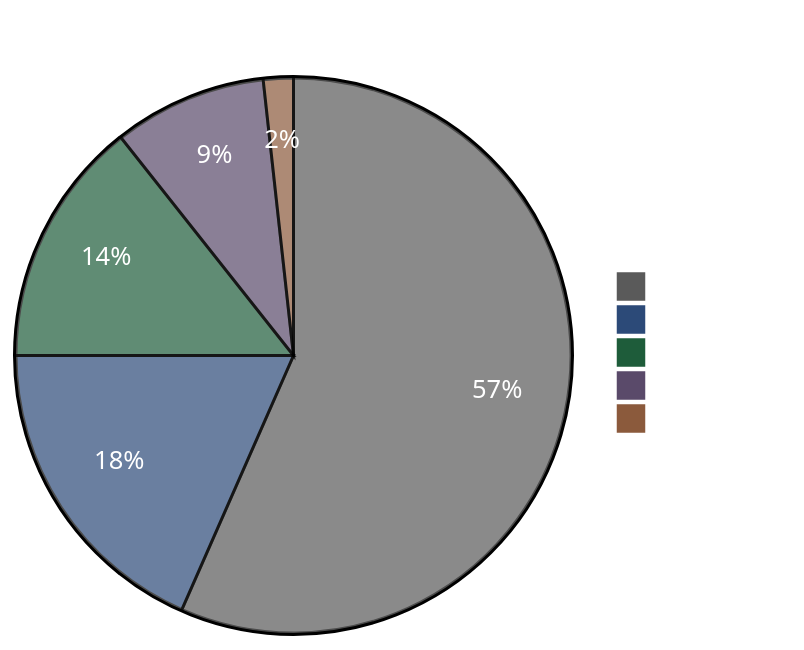
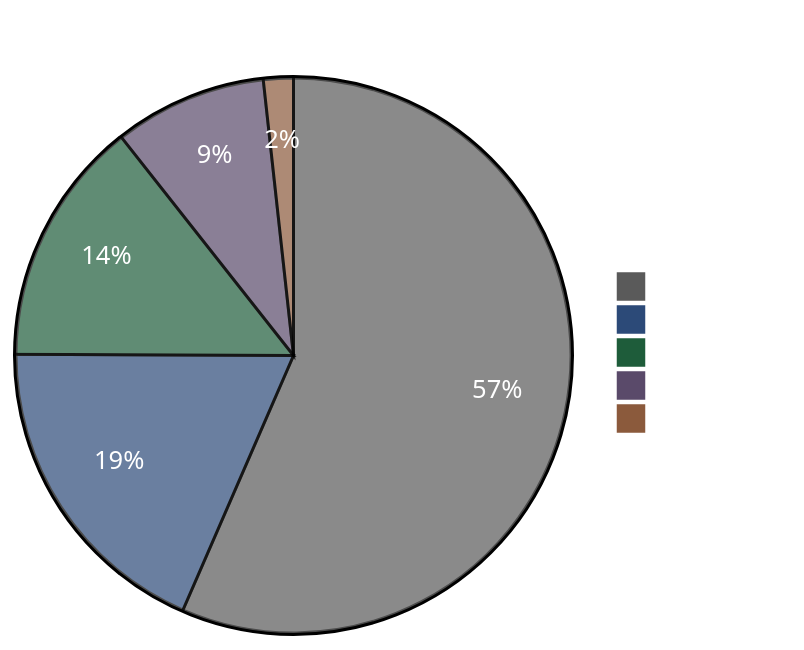
Before and after one commit to ccmeteorljh/reco-arxiv-daily: the diagram in README.md, drawn with Mermaid. The commit also changed other lines of this file and 7 other files, not shown here.

````diff
--- a/README.md
+++ b/README.md
@@ -6,19 +6,19 @@
 ```mermaid
 %%{init: {'theme':'base', 'themeVariables': {
   'pie1':'#5a5a5a',
   'pie2':'#2c4a78',
   'pie3':'#1e5c3a',
   'pie4':'#5a4a6a',
   'pie5':'#8b5a3c',
   'pieTitleTextColor':'#ffffff',
   'pieSectionTextColor':'#ffffff',
   'pieLegendTextColor':'#ffffff'
 }}}%%
 pie showData
 title Paper Distribution by Tag
-  "Other" : 584
-  "LLM" : 190
+  "Other" : 585
+  "LLM" : 192
   "GR" : 148
   "Seq" : 92
   "Scaling" : 18
 ```
````
